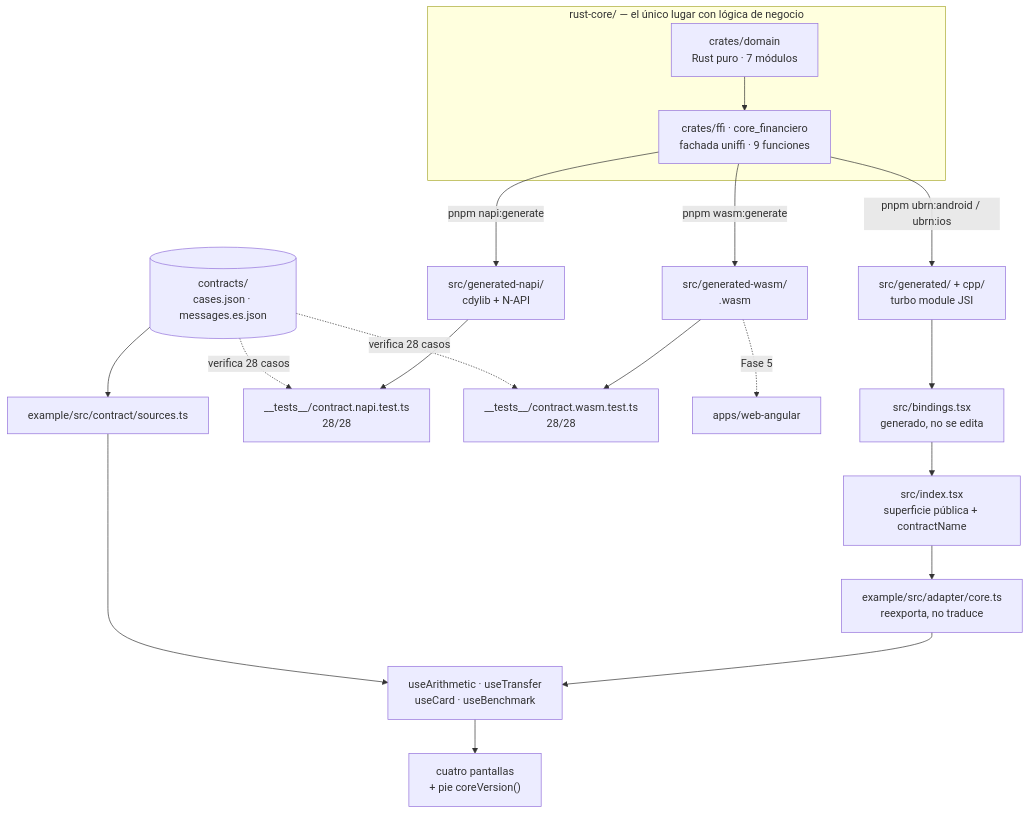
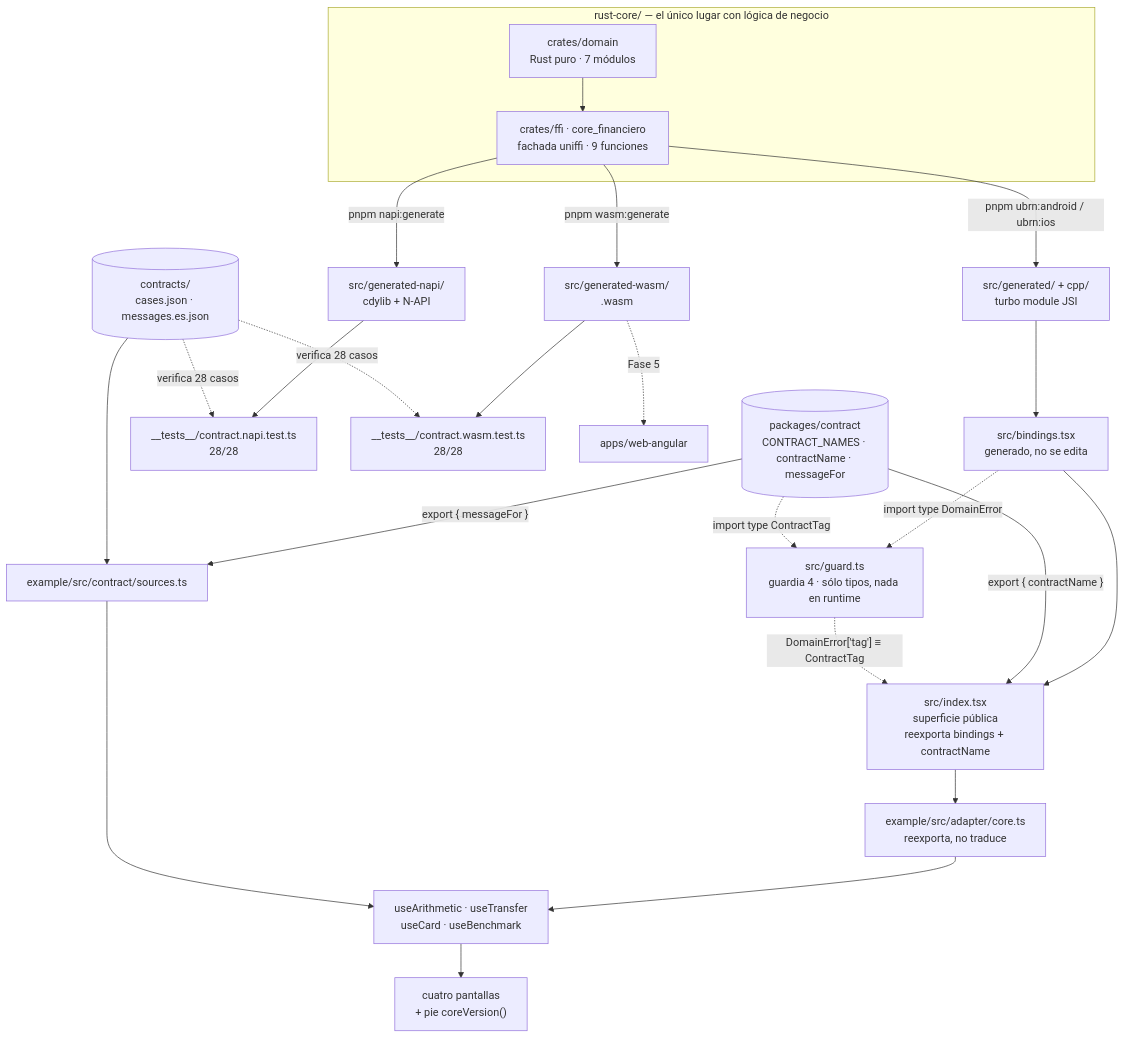
The diagram in apps/react-native/README.md (tohure/rust-core-cross-app), drawn with Mermaid before and after one commit. The commit also changed other lines of this file and 5 other files, not shown here.

````diff
--- a/apps/react-native/README.md
+++ b/apps/react-native/README.md
@@ -39,28 +39,35 @@
 ```mermaid
 flowchart TD
     subgraph core["rust-core/ — el único lugar con lógica de negocio"]
         domain["crates/domain<br/>Rust puro · 7 módulos"]
         ffi["crates/ffi · core_financiero<br/>fachada uniffi · 9 funciones"]
         domain --> ffi
     end
 
     ffi -->|"pnpm ubrn:android / ubrn:ios"| jsi["src/generated/ + cpp/<br/>turbo module JSI"]
     ffi -->|"pnpm napi:generate"| napi["src/generated-napi/<br/>cdylib + N-API"]
     ffi -->|"pnpm wasm:generate"| wasm["src/generated-wasm/<br/>.wasm"]
 
     jsi --> bindings["src/bindings.tsx<br/>generado, no se edita"]
-    bindings --> index["src/index.tsx<br/>superficie pública + contractName"]
+    bindings --> index["src/index.tsx<br/>superficie pública<br/>reexporta bindings + contractName"]
     index --> adapter["example/src/adapter/core.ts<br/>reexporta, no traduce"]
     adapter --> hooks["useArithmetic · useTransfer<br/>useCard · useBenchmark"]
     hooks --> screens["cuatro pantallas<br/>+ pie coreVersion()"]
 
     napi --> tnapi["__tests__/contract.napi.test.ts<br/>28/28"]
     wasm --> twasm["__tests__/contract.wasm.test.ts<br/>28/28"]
     wasm -.->|"Fase 5"| angular["apps/web-angular"]
 
+    contratoPkg[("packages/contract<br/>CONTRACT_NAMES · contractName · messageFor")]
+    contratoPkg -->|"export { contractName }"| index
+    contratoPkg -->|"export { messageFor }"| fuentes
+    bindings -.->|"import type DomainError"| guard["src/guard.ts<br/>guardia 4 · sólo tipos, nada en runtime"]
+    contratoPkg -.->|"import type ContractTag"| guard
+    guard -.->|"DomainError['tag'] ≡ ContractTag"| index
+
     contrato[("contracts/<br/>cases.json · messages.es.json")]
     contrato --> fuentes["example/src/contract/sources.ts"]
     fuentes --> hooks
     contrato -.->|"verifica 28 casos"| tnapi
     contrato -.->|"verifica 28 casos"| twasm
 ```
````
